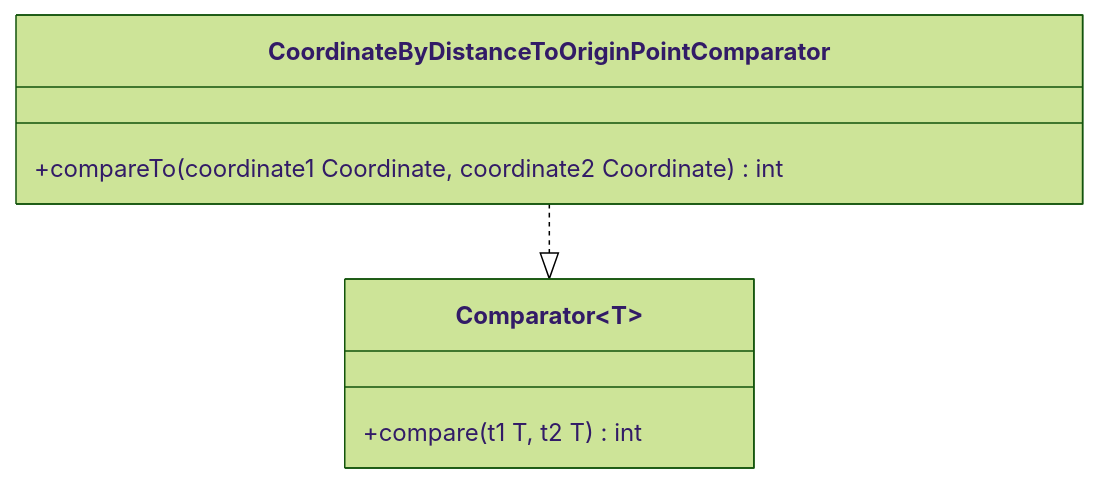
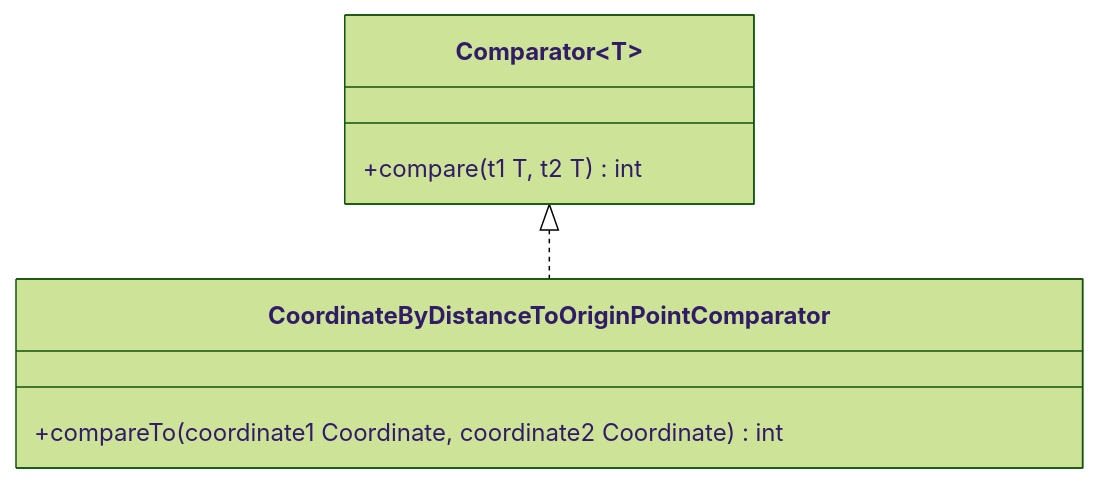
Before and after one commit to jappuccini/java-docs: the diagram in docs/exercises/comparators/comparators02.md, drawn with Mermaid (forest theme).

````diff
--- a/docs/exercises/comparators/comparators02.md
+++ b/docs/exercises/comparators/comparators02.md
@@ -15,12 +15,12 @@
 ```mermaid
 classDiagram
-    CoordinateByDistanceToOriginPointComparator ..|> Comparator~T~
+    Comparator~T~ <|.. CoordinateByDistanceToOriginPointComparator
 
     class CoordinateByDistanceToOriginPointComparator {
         +compareTo(coordinate1 Coordinate, coordinate2 Coordinate) int
     }
 
     class Comparator~T~ {
         +compare(t1 T, t2 T) int
     }
 ```
````
